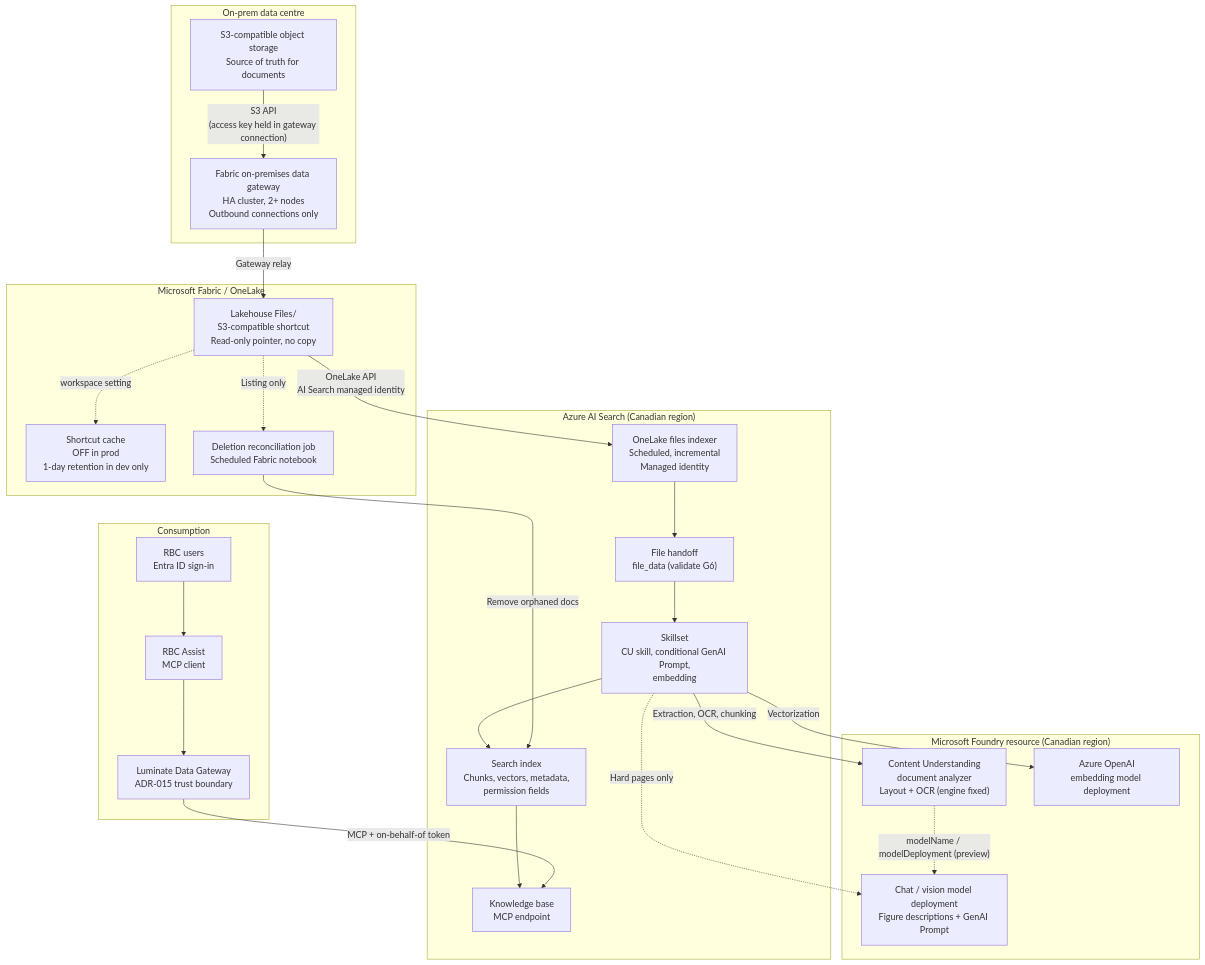
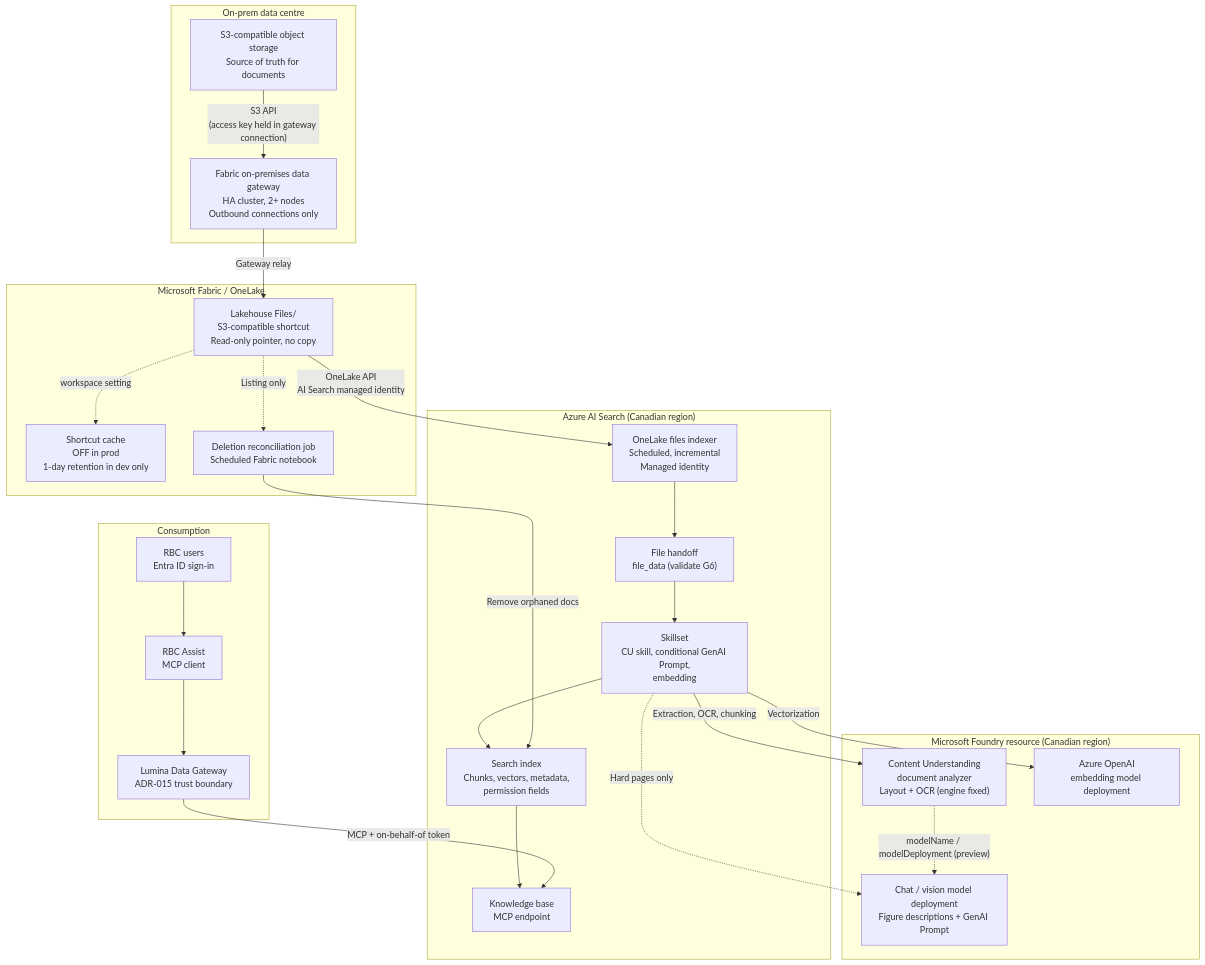
The second of 3 diagrams in docs/adr/ADR-020-onprem-rag-grounding-via-onelake-shortcuts.md (chilakos/knowledge-service), drawn with Mermaid before and after one commit. The commit also changed other lines of this file and 3 other files, not shown here.

First line of the commit message:
Rename Luminate Data Gateway to Lumina Data Gateway

````diff
--- a/docs/adr/ADR-020-onprem-rag-grounding-via-onelake-shortcuts.md
+++ b/docs/adr/ADR-020-onprem-rag-grounding-via-onelake-shortcuts.md
@@ -101,49 +101,49 @@
 ```mermaid
 flowchart TB
     subgraph ONPREM["On-prem data centre"]
         S3["S3-compatible object storage<br/>Source of truth for documents"]
         GW["Fabric on-premises data gateway<br/>HA cluster, 2+ nodes<br/>Outbound connections only"]
         S3 -->|"S3 API<br/>(access key held in gateway connection)"| GW
     end
 
     subgraph FABRIC["Microsoft Fabric / OneLake"]
         SC["Lakehouse Files/<br/>S3-compatible shortcut<br/>Read-only pointer, no copy"]
         CACHE["Shortcut cache<br/>OFF in prod<br/>1-day retention in dev only"]
         REC["Deletion reconciliation job<br/>Scheduled Fabric notebook"]
         SC -.->|"workspace setting"| CACHE
     end
 
     GW -->|"Gateway relay"| SC
 
     subgraph FOUNDRY["Microsoft Foundry resource (Canadian region)"]
         CU["Content Understanding<br/>document analyzer<br/>Layout + OCR (engine fixed)"]
         CM["Chat / vision model deployment<br/>Figure descriptions + GenAI Prompt"]
         EMB["Azure OpenAI<br/>embedding model deployment"]
         CU -.->|"modelName / modelDeployment (preview)"| CM
     end
 
     subgraph SEARCH["Azure AI Search (Canadian region)"]
         IDX["OneLake files indexer<br/>Scheduled, incremental<br/>Managed identity"]
         FH["File handoff<br/>file_data (validate G6)"]
         SK["Skillset<br/>CU skill, conditional GenAI Prompt,<br/>embedding"]
         SI["Search index<br/>Chunks, vectors, metadata,<br/>permission fields"]
         KB["Knowledge base<br/>MCP endpoint"]
         IDX --> FH --> SK --> SI --> KB
     end
 
     SC -->|"OneLake API<br/>AI Search managed identity"| IDX
     SK -->|"Extraction, OCR, chunking"| CU
     SK -.->|"Hard pages only"| CM
     SK -->|"Vectorization"| EMB
     SC -.->|"Listing only"| REC
     REC -->|"Remove orphaned docs"| SI
 
     subgraph CONSUME["Consumption"]
         U["RBC users<br/>Entra ID sign-in"]
         A["RBC Assist<br/>MCP client"]
-        LDG["Luminate Data Gateway<br/>ADR-015 trust boundary"]
+        LDG["Lumina Data Gateway<br/>ADR-015 trust boundary"]
     end
 
     U --> A --> LDG
     LDG -->|"MCP + on-behalf-of token"| KB
 ```
````
